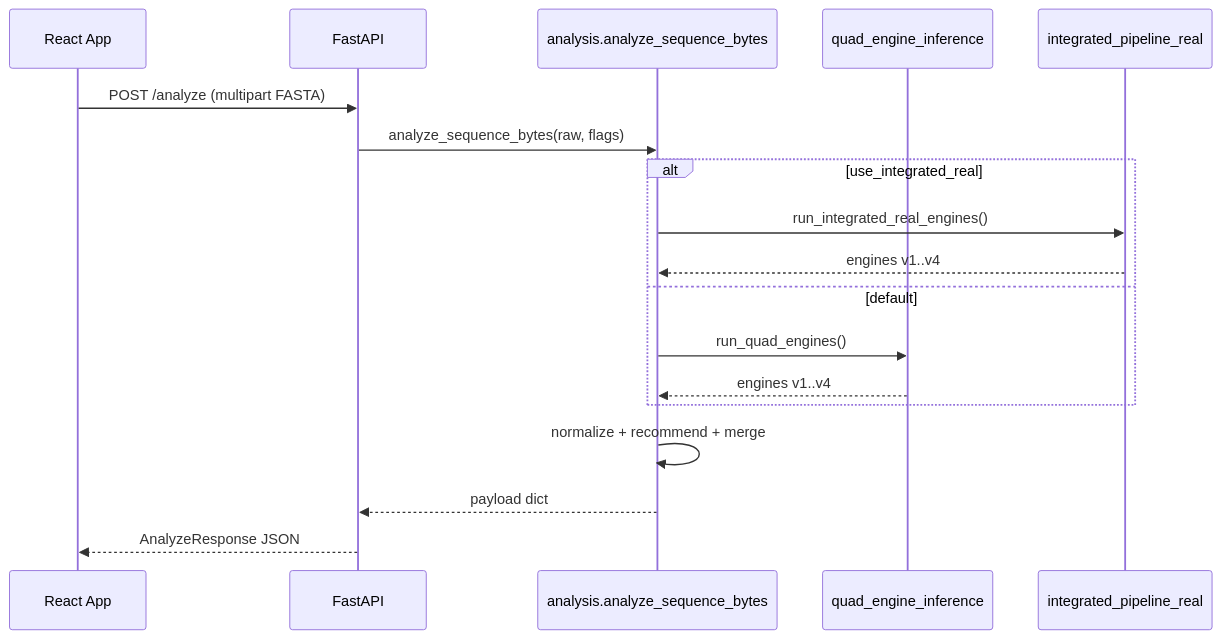
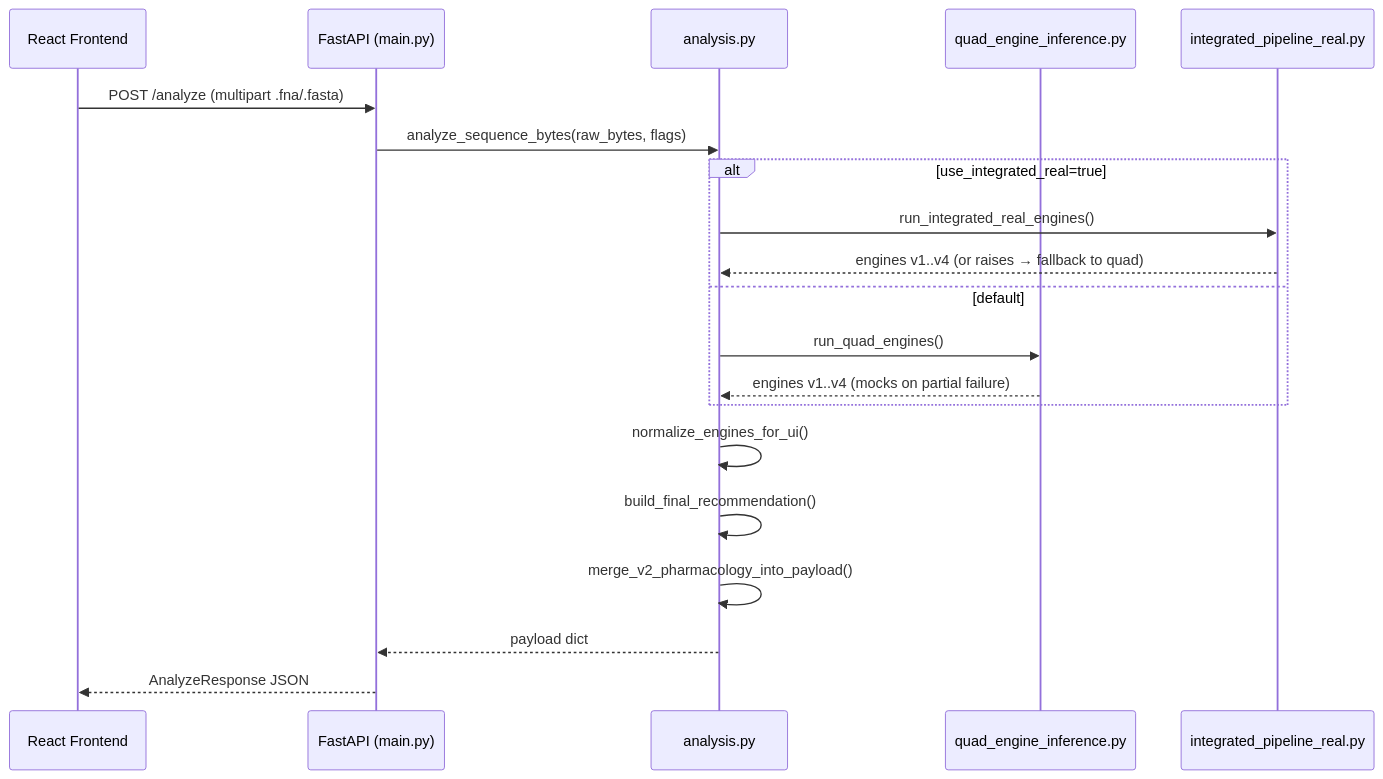
One commit to GeneZap/PROJECT changed the first of 5 diagrams in README.md. Above: the diagram before and after it, drawn with Mermaid. The commit also changed other lines of this file, not shown here.

````diff
--- a/README.md
+++ b/README.md
@@ -104,21 +58,25 @@
 ```mermaid
 sequenceDiagram
-  participant UI as React App
-  participant API as FastAPI
-  participant A as analysis.analyze_sequence_bytes
-  participant Q as quad_engine_inference
-  participant I as integrated_pipeline_real
+  participant UI as React Frontend
+  participant API as FastAPI (main.py)
+  participant ORCH as analysis.py
+  participant QUAD as quad_engine_inference.py
+  participant INT as integrated_pipeline_real.py
 
-  UI->>API: POST /analyze (multipart FASTA)
-  API->>A: analyze_sequence_bytes(raw, flags)
-  alt use_integrated_real
-    A->>I: run_integrated_real_engines()
-    I-->>A: engines v1..v4
+  UI->>API: POST /analyze (multipart .fna/.fasta)
+  API->>ORCH: analyze_sequence_bytes(raw_bytes, flags)
+
+  alt use_integrated_real=true
+    ORCH->>INT: run_integrated_real_engines()
+    INT-->>ORCH: engines v1..v4 (or raises → fallback to quad)
   else default
-    A->>Q: run_quad_engines()
-    Q-->>A: engines v1..v4
+    ORCH->>QUAD: run_quad_engines()
+    QUAD-->>ORCH: engines v1..v4 (mocks on partial failure)
   end
-  A->>A: normalize + recommend + merge
-  A-->>API: payload dict
+
+  ORCH->>ORCH: normalize_engines_for_ui()
+  ORCH->>ORCH: build_final_recommendation()
+  ORCH->>ORCH: merge_v2_pharmacology_into_payload()
+  ORCH-->>API: payload dict
   API-->>UI: AnalyzeResponse JSON
 ```
````
